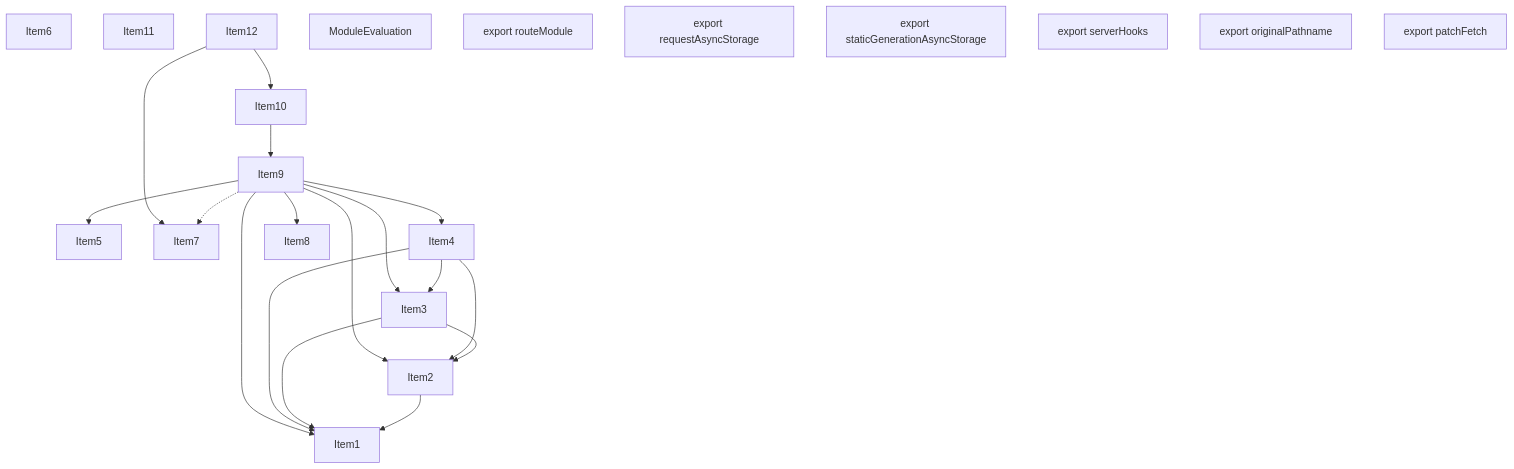
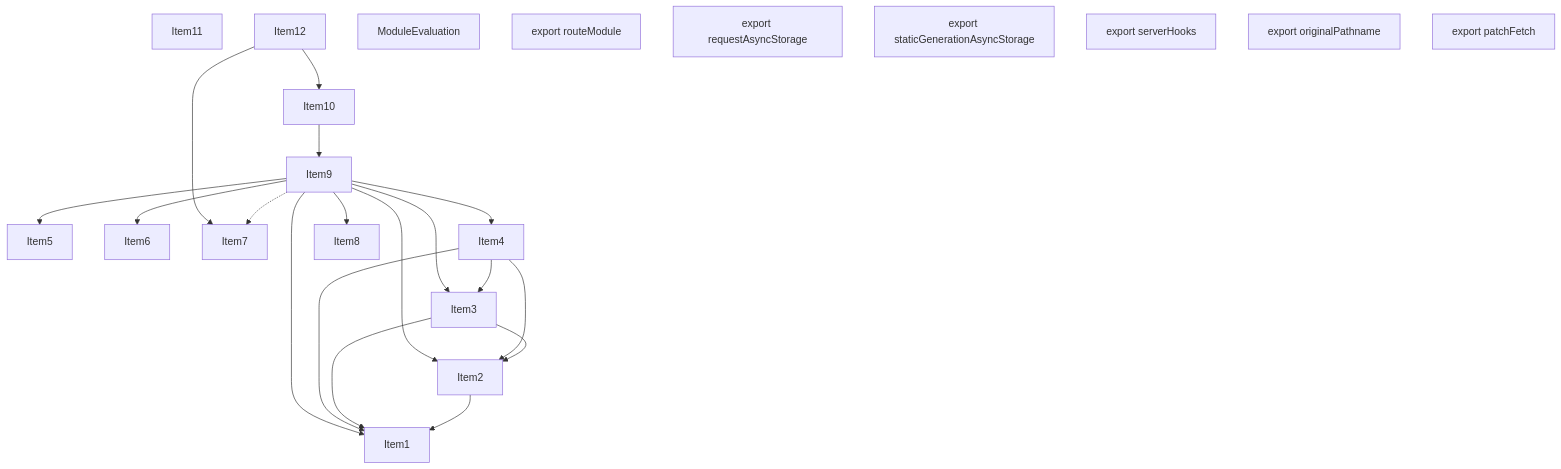
One commit to vercel/turborepo changed the third of 5 diagrams in crates/turbopack-ecmascript/tests/tree-shaker/analyzer/app-route/output.md. Above: the diagram before and after it, drawn with Mermaid. The commit also changed other lines of this file and 15 other files, not shown here.

````diff
--- a/crates/turbopack-ecmascript/tests/tree-shaker/analyzer/app-route/output.md
+++ b/crates/turbopack-ecmascript/tests/tree-shaker/analyzer/app-route/output.md
@@ -227,45 +228,46 @@
 ```mermaid
 graph TD
     Item1;
     Item5;
     Item2;
     Item6;
     Item3;
     Item7;
     Item4;
     Item8;
     Item9;
     Item10;
     Item11;
     Item12;
     Item13;
     Item13["ModuleEvaluation"];
     Item14;
     Item14["export routeModule"];
     Item15;
     Item15["export requestAsyncStorage"];
     Item16;
     Item16["export staticGenerationAsyncStorage"];
     Item17;
     Item17["export serverHooks"];
     Item18;
     Item18["export originalPathname"];
     Item19;
     Item19["export patchFetch"];
     Item2 --> Item1;
     Item3 --> Item1;
     Item3 --> Item2;
     Item4 --> Item1;
     Item4 --> Item2;
     Item4 --> Item3;
     Item9 --> Item5;
+    Item9 --> Item6;
     Item9 --> Item8;
     Item9 --> Item1;
     Item9 --> Item2;
     Item9 --> Item3;
     Item9 --> Item4;
     Item9 -.-> Item7;
     Item10 --> Item9;
     Item12 --> Item7;
     Item12 --> Item10;
 ```
````
